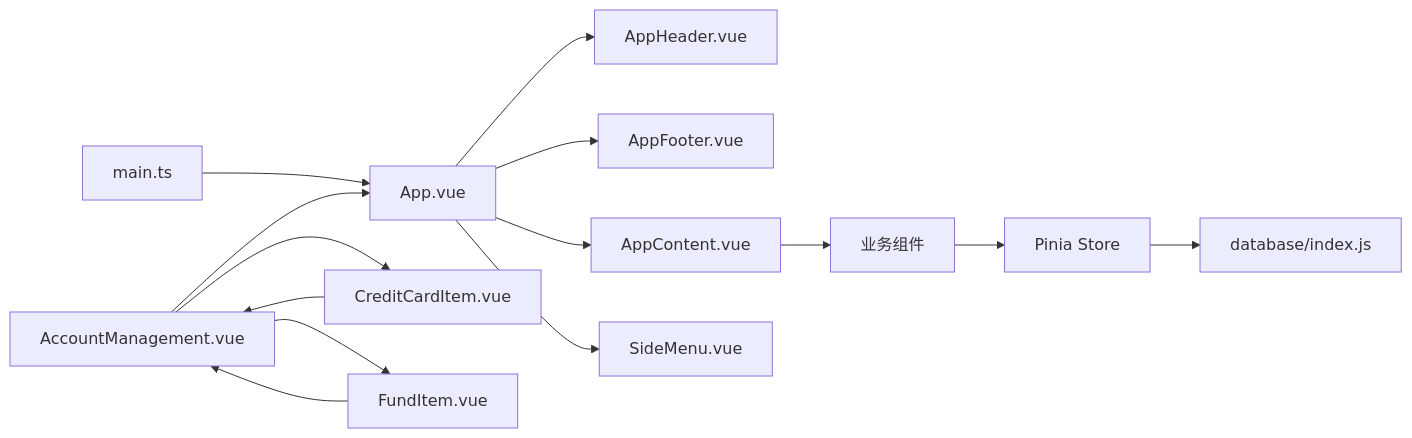
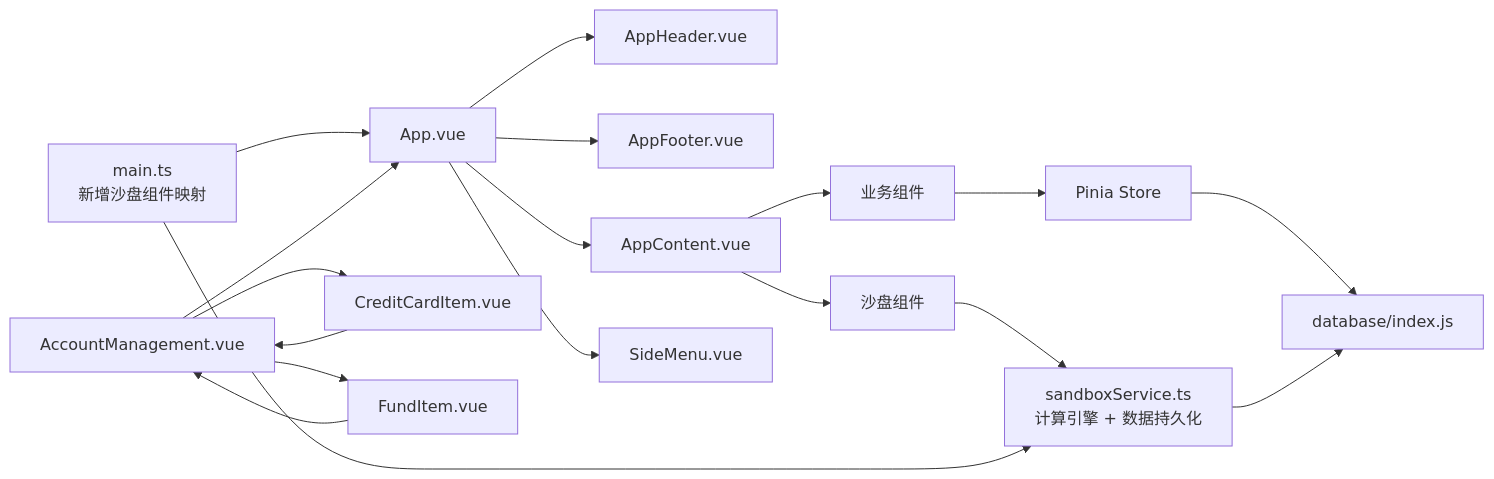
One commit to xiao-lin-unit/yuan changed the ninth of 9 diagrams in .qoder/repowiki/zh/content/架构设计/组件通信机制.md. Above: the diagram before and after it, drawn with Mermaid. The commit also changed other lines of this file and 24 other files, not shown here.

````diff
--- a/.qoder/repowiki/zh/content/架构设计/组件通信机制.md
+++ b/.qoder/repowiki/zh/content/架构设计/组件通信机制.md
@@ -438,16 +547,20 @@
 ```mermaid
 graph LR
-Main["main.ts"] --> App["App.vue"]
+Main["main.ts<br/>新增沙盘组件映射"] --> App["App.vue"]
 App --> Header["AppHeader.vue"]
 App --> Footer["AppFooter.vue"]
 App --> Content["AppContent.vue"]
 App --> Menu["SideMenu.vue"]
 Content --> Pages["业务组件"]
+Content --> SandboxPages["沙盘组件"]
 Pages --> Store["Pinia Store"]
 Store --> DB["database/index.js"]
 AccMgr["AccountManagement.vue"] --> CreditCard["CreditCardItem.vue"]
 AccMgr --> FundItem["FundItem.vue"]
 CreditCard --> AccMgr
 FundItem --> AccMgr
 AccMgr --> App
+SandboxPages --> Service["sandboxService.ts<br/>计算引擎 + 数据持久化"]
+Service --> DB
+Main --> Service
 ```
````
